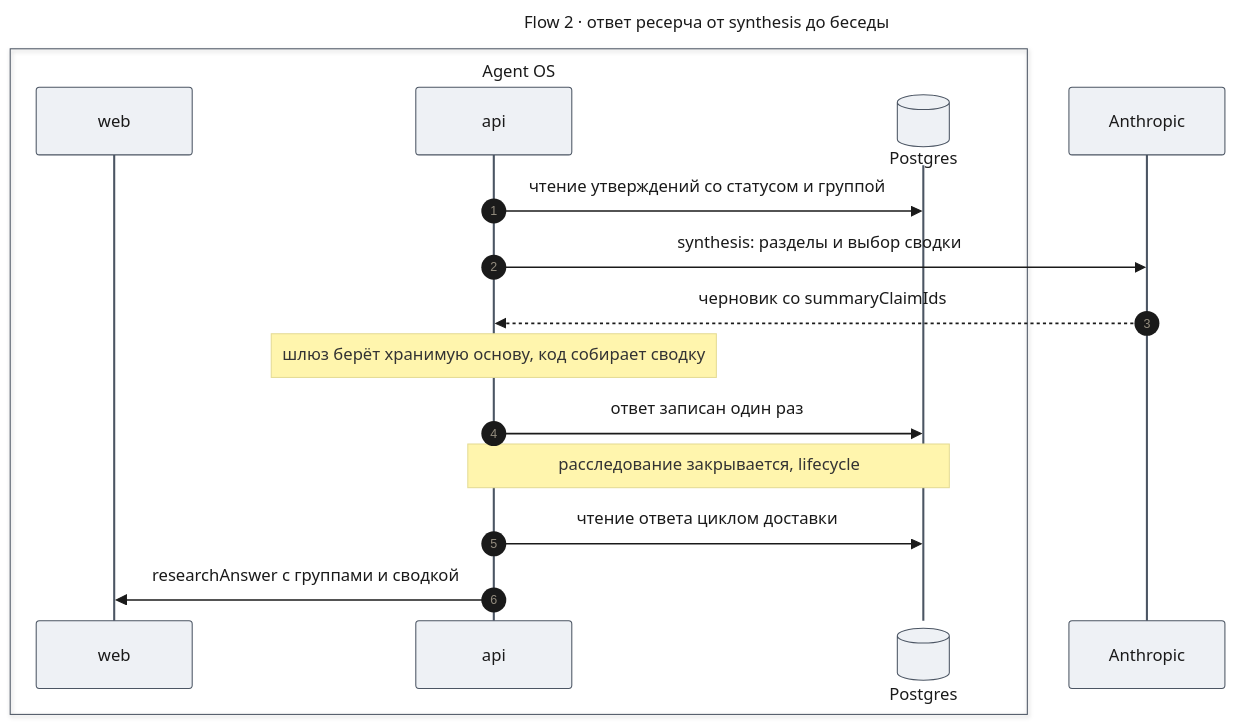
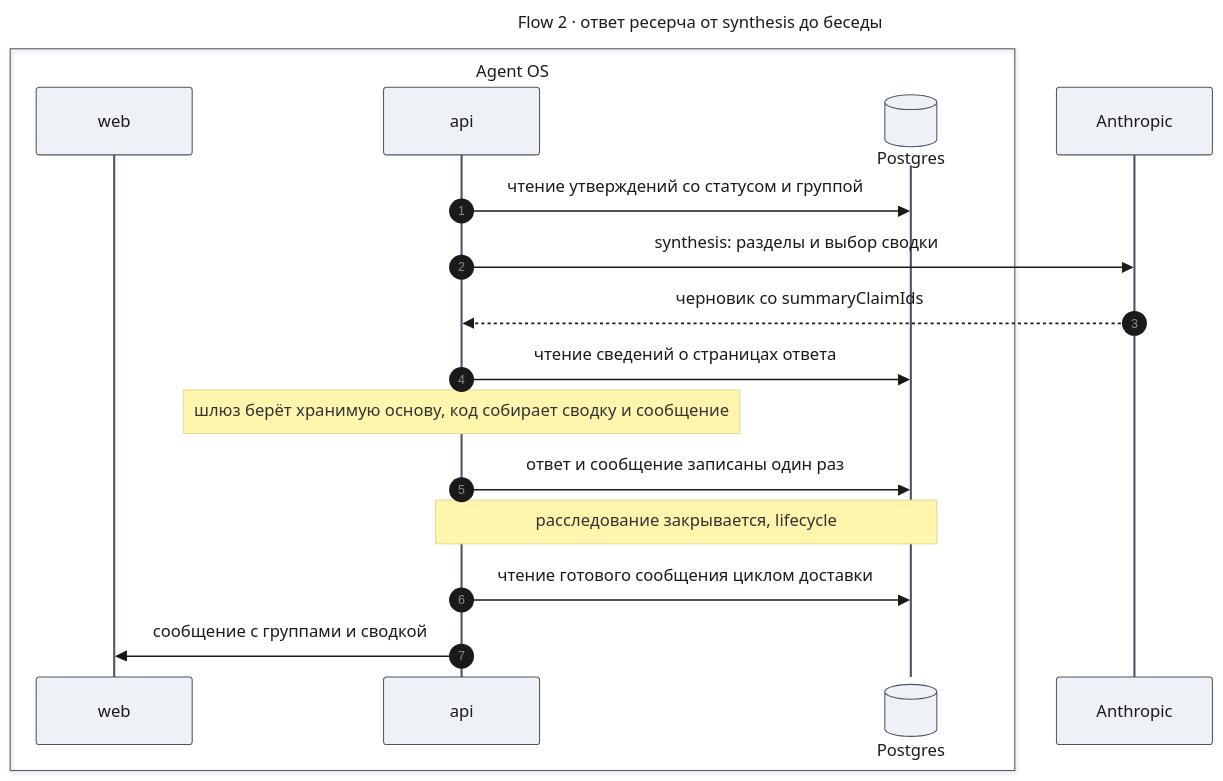
Before and after one commit to tundraray/agent-os: diagram 15 of 19 in docs/features/agent-quality/design-engine.md, drawn with Mermaid. The commit also changed other lines of this file and 3 other files, not shown here.

Commit message:
docs: approve engine design; engine builds the answer message last (v1.3); accept ADR-0006/0007

````diff
--- a/docs/features/agent-quality/design-engine.md
+++ b/docs/features/agent-quality/design-engine.md
@@ -901,38 +963,40 @@
 ```mermaid
 ---
 title: "Flow 2 · ответ ресерча от synthesis до беседы"
 config:
   theme: base
   look: classic
   themeVariables:
     primaryColor: "#eef1f5"
     primaryBorderColor: "#4b5563"
     primaryTextColor: "#1a1a1a"
     lineColor: "#6b7280"
   themeCSS: |
-    @keyframes lit_f2{0%,15%{stroke:#991b1b;stroke-width:6px}16.7%,100%{stroke:#37474f;stroke-width:2px}}
-    @keyframes litr_f2{0%,15%{stroke:#1d4ed8;stroke-width:6px}16.7%,100%{stroke:#37474f;stroke-width:2px}}
-    .messageLine0[data-id='i1'],.messageLine1[data-id='i1']{animation:litr_f2 7.2s linear 0s infinite}
-    .messageLine0[data-id='i2'],.messageLine1[data-id='i2']{animation:litr_f2 7.2s linear 1.2s infinite}
-    .messageLine0[data-id='i3'],.messageLine1[data-id='i3']{animation:litr_f2 7.2s linear 2.4s infinite}
-    .messageLine0[data-id='i5'],.messageLine1[data-id='i5']{animation:lit_f2 7.2s linear 3.6s infinite}
-    .messageLine0[data-id='i7'],.messageLine1[data-id='i7']{animation:litr_f2 7.2s linear 4.8s infinite}
-    .messageLine0[data-id='i8'],.messageLine1[data-id='i8']{animation:litr_f2 7.2s linear 6s infinite}
+    @keyframes lit_f2{0%,12.8%{stroke:#991b1b;stroke-width:6px}14.3%,100%{stroke:#37474f;stroke-width:2px}}
+    @keyframes litr_f2{0%,12.8%{stroke:#1d4ed8;stroke-width:6px}14.3%,100%{stroke:#37474f;stroke-width:2px}}
+    .messageLine0[data-id='i1'],.messageLine1[data-id='i1']{animation:litr_f2 8.4s linear 0s infinite}
+    .messageLine0[data-id='i2'],.messageLine1[data-id='i2']{animation:litr_f2 8.4s linear 1.2s infinite}
+    .messageLine0[data-id='i3'],.messageLine1[data-id='i3']{animation:litr_f2 8.4s linear 2.4s infinite}
+    .messageLine0[data-id='i4'],.messageLine1[data-id='i4']{animation:litr_f2 8.4s linear 3.6s infinite}
+    .messageLine0[data-id='i6'],.messageLine1[data-id='i6']{animation:lit_f2 8.4s linear 4.8s infinite}
+    .messageLine0[data-id='i8'],.messageLine1[data-id='i8']{animation:litr_f2 8.4s linear 6s infinite}
+    .messageLine0[data-id='i9'],.messageLine1[data-id='i9']{animation:litr_f2 8.4s linear 7.2s infinite}
 ---
 sequenceDiagram
     autonumber
     box Agent OS
         participant W as web
         participant API as api
         participant DB@{ "type": "database" } as Postgres
     end
     participant A as Anthropic
     API->>DB: чтение утверждений со статусом и группой
     API->>A: synthesis: разделы и выбор сводки
     A-->>API: черновик со summaryClaimIds
-    Note over API: шлюз берёт хранимую основу, код собирает сводку
-    API->>DB: ответ записан один раз
+    API->>DB: чтение сведений о страницах ответа
+    Note over API: шлюз берёт хранимую основу, код собирает сводку и сообщение
+    API->>DB: ответ и сообщение записаны один раз
     Note over API,DB: расследование закрывается, lifecycle
-    API->>DB: чтение ответа циклом доставки
-    API->>W: researchAnswer с группами и сводкой
+    API->>DB: чтение готового сообщения циклом доставки
+    API->>W: сообщение с группами и сводкой
 ```
````
